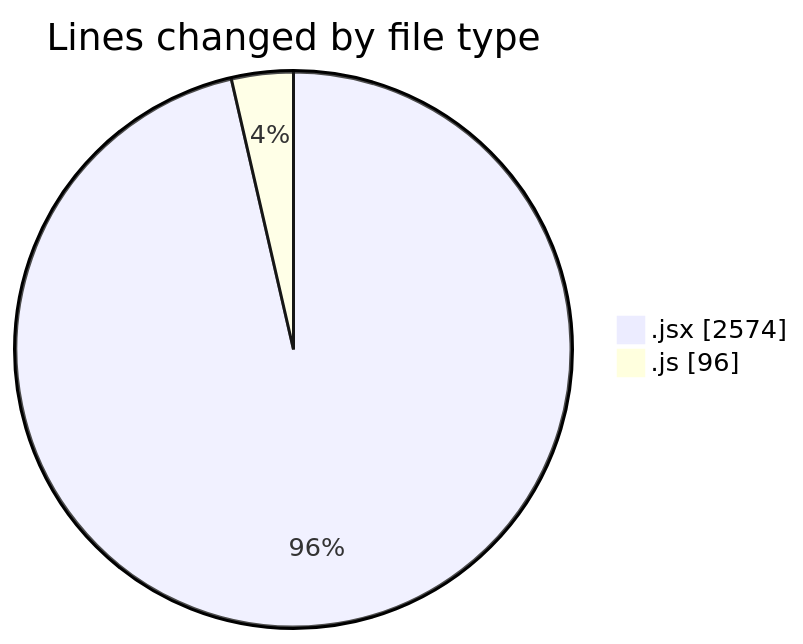
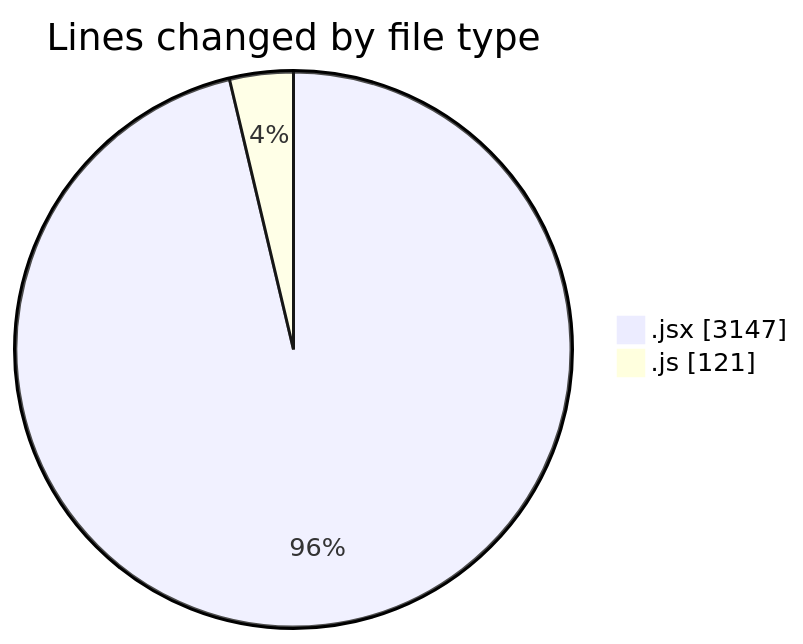
Before and after one commit to nxtqubesakshisongat/code-tracking: the first of 2 diagrams in 2025-08-01/nxtqube_webapp/README.md, drawn with Mermaid. The commit also changed other lines of this file and 1 other file, not shown here.

````diff
--- a/2025-08-01/nxtqube_webapp/README.md
+++ b/2025-08-01/nxtqube_webapp/README.md
@@ -28,6 +30,6 @@
 ```mermaid
 pie showData
 title Lines changed by file type
-".jsx" : 2574
-".js" : 96
+".jsx" : 3147
+".js" : 121
 ```
````
